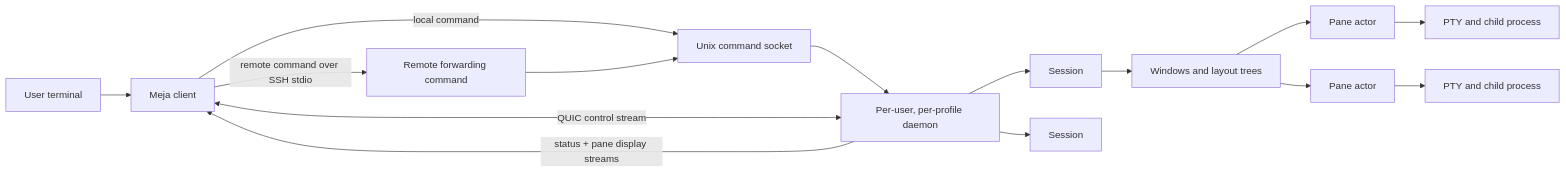
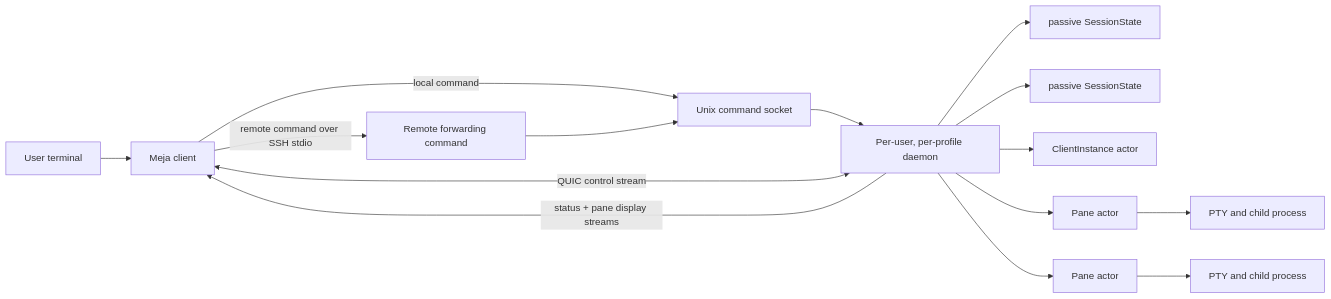
The first of 8 diagrams in ARCHITECTURE.md (garindra/meja), drawn with Mermaid before and after one commit. The commit also changed other lines of this file and 56 other files, not shown here.

````diff
--- a/ARCHITECTURE.md
+++ b/ARCHITECTURE.md
@@ -81,20 +86,20 @@
 ```mermaid
 flowchart LR
     T["User terminal"] --> C["Meja client"]
 
     C -->|"local command"| U["Unix command socket"]
     C -->|"remote command over SSH stdio"| F["Remote forwarding command"]
     F --> U
 
     U --> D["Per-user, per-profile daemon"]
     C <-->|"QUIC control stream"| D
     D -->|"status + pane display streams"| C
 
-    D --> S1["Session"]
-    D --> S2["Session"]
-    S1 --> W["Windows and layout trees"]
-    W --> P1["Pane actor"]
-    W --> P2["Pane actor"]
+    D --> S1["passive SessionState"]
+    D --> S2["passive SessionState"]
+    D --> C1["ClientInstance actor"]
+    D --> P1["Pane actor"]
+    D --> P2["Pane actor"]
     P1 --> PTY1["PTY and child process"]
     P2 --> PTY2["PTY and child process"]
 ```
````
